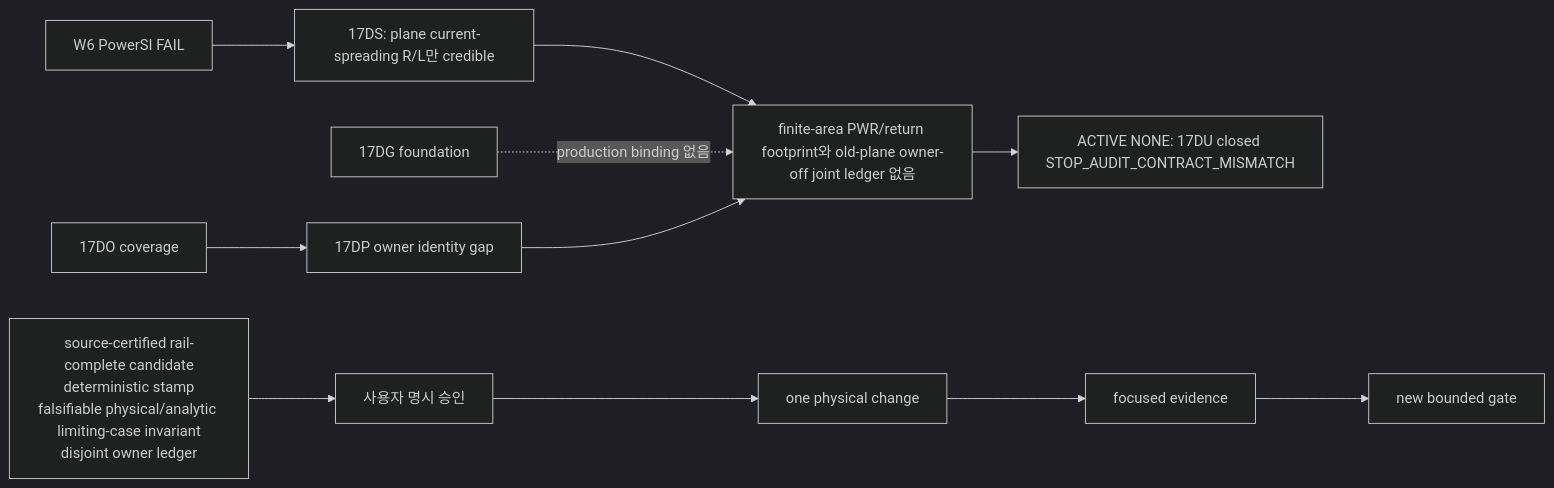
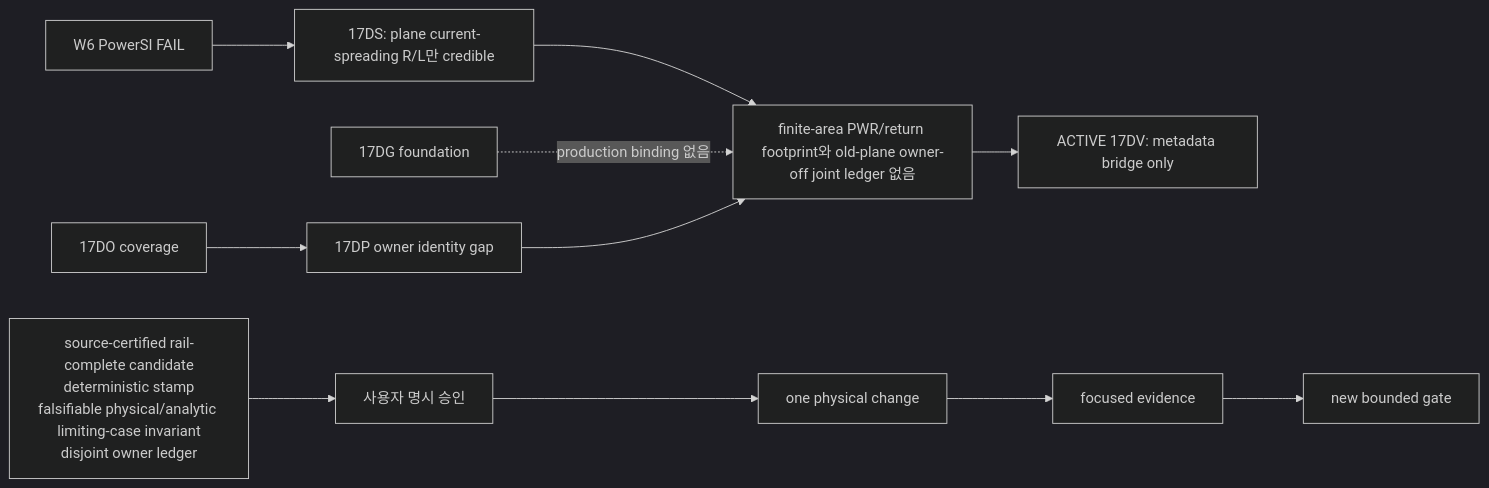
The diagram in docs/WORK_EXECUTION_BASELINE.md (yunhyok/spd-decap-pi-evaluator), drawn with Mermaid (dark theme) before and after one commit. The commit also changed other lines of this file and 1 other file, not shown here.

Commit message:
docs: activate 17dv metadata bridge gate

````diff
--- a/docs/WORK_EXECUTION_BASELINE.md
+++ b/docs/WORK_EXECUTION_BASELINE.md
@@ -560,13 +581,13 @@
 ```mermaid
 flowchart LR
   A[W6 PowerSI FAIL] --> B[17DS: plane current-spreading R/L만 credible]
   B --> C[finite-area PWR/return footprint와 old-plane owner-off joint ledger 없음]
   D[17DG foundation] -. production binding 없음 .-> C
   E[17DO coverage] --> F[17DP owner identity gap]
   F --> C
-  C --> G[ACTIVE NONE: 17DU closed STOP_AUDIT_CONTRACT_MISMATCH]
+  C --> G[ACTIVE 17DV: metadata bridge only]
   H[source-certified rail-complete candidate<br/>deterministic stamp<br/>falsifiable physical/analytic limiting-case invariant<br/>disjoint owner ledger] --> I[사용자 명시 승인]
   I --> J[one physical change]
   J --> K[focused evidence]
   K --> L[new bounded gate]
 ```
````
